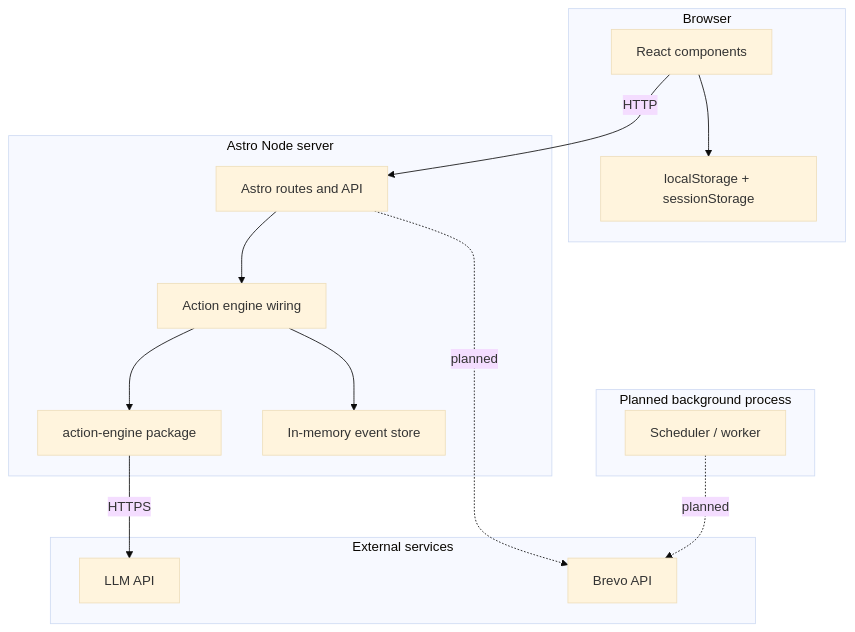
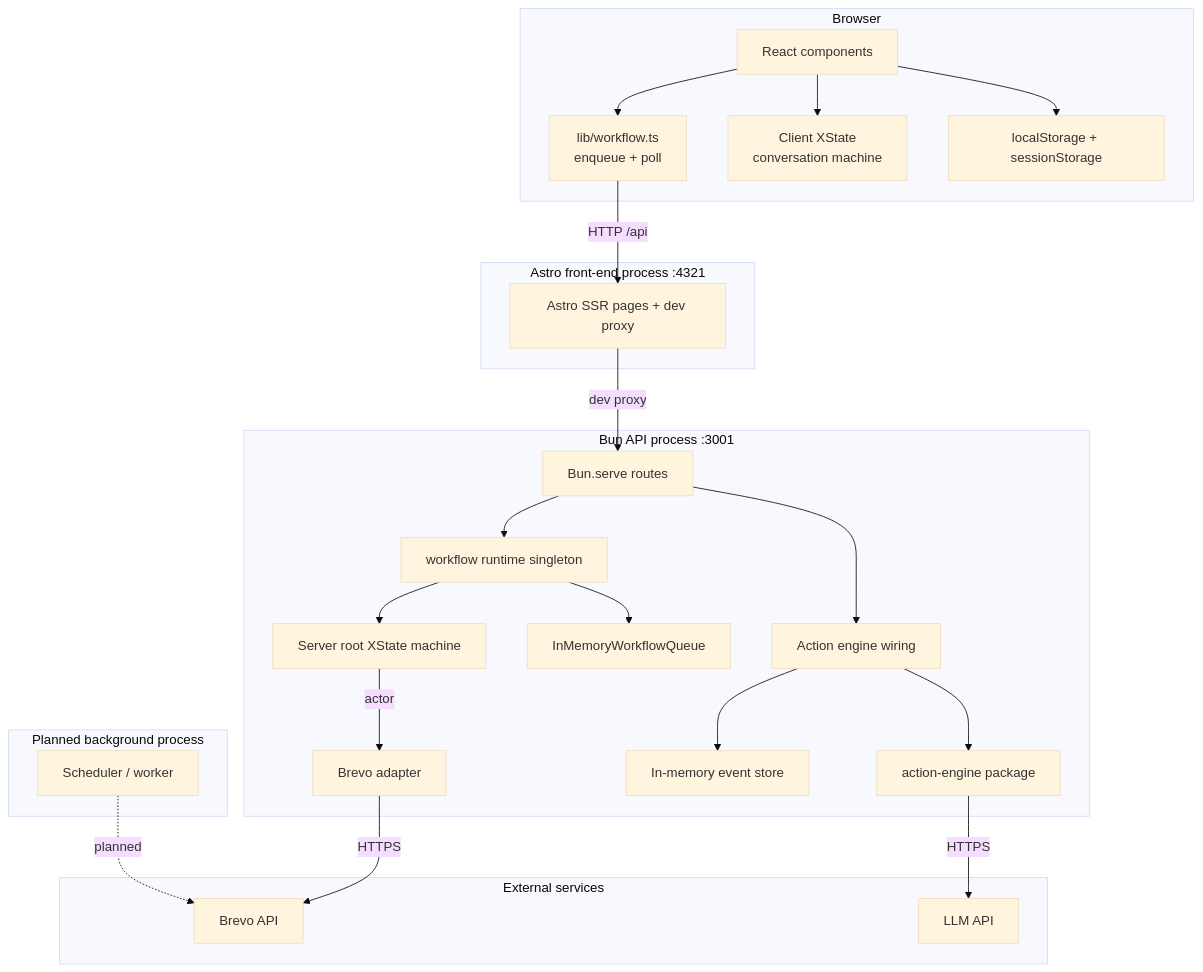
The tenth of 10 diagrams in docs/SYSTEM_DIAGRAM.md (ranjitd-sys/Workflow), drawn with Mermaid (base theme) before and after one commit. The commit also changed other lines of this file and 48 other files, not shown here.

````diff
--- a/docs/SYSTEM_DIAGRAM.md
+++ b/docs/SYSTEM_DIAGRAM.md
@@ -365,32 +441,49 @@
 ```mermaid
 flowchart TB
   subgraph BrowserProcess["Browser"]
     React["React components"]
+    ClientMachine["Client XState<br/>conversation machine"]
+    ClientWorkflow["lib/workflow.ts<br/>enqueue + poll"]
     LocalData["localStorage + sessionStorage"]
   end
 
-  subgraph NodeProcess["Astro Node server"]
-    AstroRoutes["Astro routes and API"]
+  subgraph AstroProcess["Astro front-end process :4321"]
+    AstroRoutes["Astro SSR pages + dev proxy"]
+  end
+
+  subgraph BunProcess["Bun API process :3001"]
+    ApiRoutes["Bun.serve routes"]
     ActionWiring["Action engine wiring"]
     ActionPackage["action-engine package"]
+    Runtime["workflow runtime singleton"]
+    Queue["InMemoryWorkflowQueue"]
+    RootMachine["Server root XState machine"]
+    BrevoAdapter["Brevo adapter"]
     MemoryEvents["In-memory event store"]
   end
 
   subgraph PlannedProcess["Planned background process"]
     Scheduler["Scheduler / worker"]
   end
 
   subgraph ExternalServices["External services"]
     LLM["LLM API"]
     Brevo["Brevo API"]
   end
 
   React --> LocalData
-  React -->|"HTTP"| AstroRoutes
-  AstroRoutes --> ActionWiring
+  React --> ClientMachine
+  React --> ClientWorkflow
+  ClientWorkflow -->|"HTTP /api"| AstroRoutes
+  AstroRoutes -->|"dev proxy"| ApiRoutes
+  ApiRoutes --> ActionWiring
   ActionWiring --> ActionPackage
   ActionPackage -->|"HTTPS"| LLM
   ActionWiring --> MemoryEvents
-  AstroRoutes -.->|"planned"| Brevo
+  ApiRoutes --> Runtime
+  Runtime --> Queue
+  Runtime --> RootMachine
+  RootMachine -->|"actor"| BrevoAdapter
+  BrevoAdapter -->|"HTTPS"| Brevo
   Scheduler -.->|"planned"| Brevo
 ```
````
